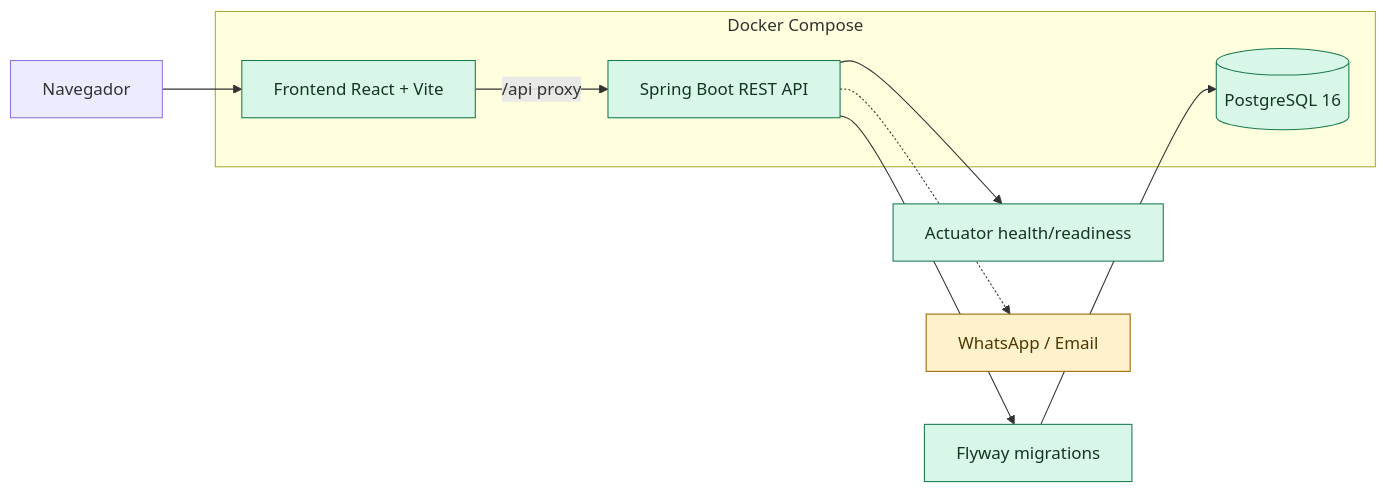
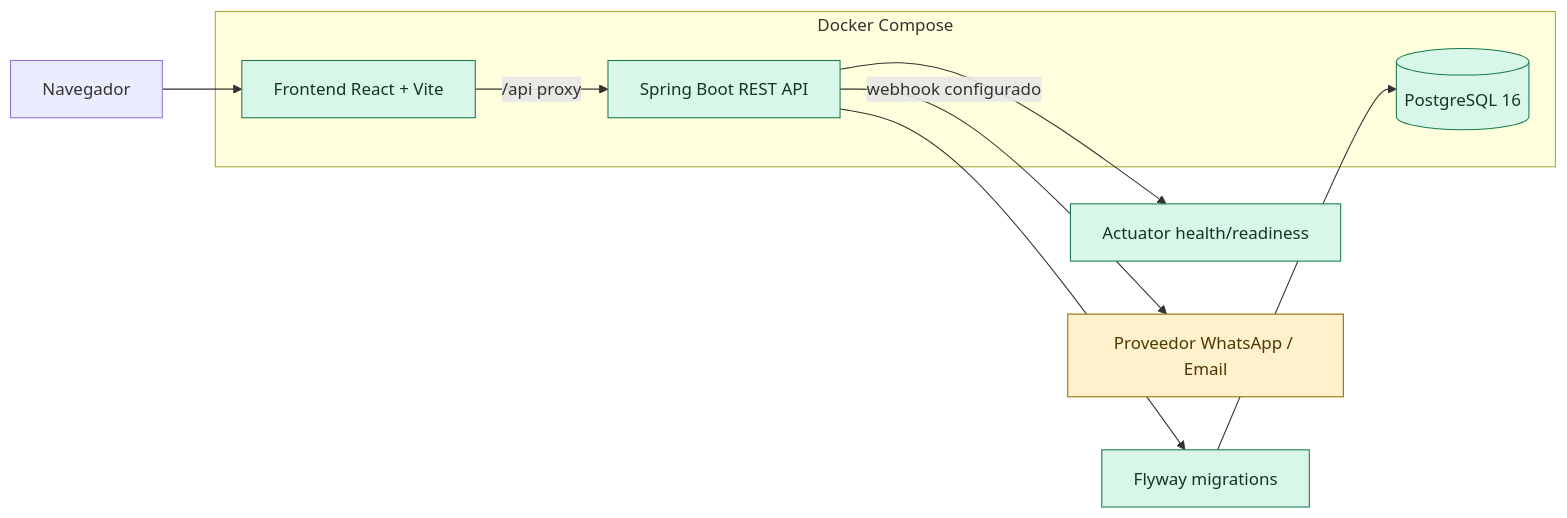
One commit to Martinrc93/distribuidoraCore changed the first of 7 diagrams in docs/architecture/current-state.md. Above: the diagram before and after it, drawn with Mermaid. The commit also changed other lines of this file and 111 other files, not shown here.

````diff
--- a/docs/architecture/current-state.md
+++ b/docs/architecture/current-state.md
@@ -11,20 +11,20 @@
 ```mermaid
 flowchart LR
     Browser[Navegador] --> Frontend[Frontend React + Vite]
     Frontend -->|/api proxy| Backend[Spring Boot REST API]
     Backend --> Flyway[Flyway migrations]
     Flyway --> DB[(PostgreSQL 16)]
     Backend --> Actuator[Actuator health/readiness]
-    Backend -.-> External[WhatsApp / Email]
+    Backend -->|webhook configurado| External[Proveedor WhatsApp / Email]
 
     subgraph Compose[Docker Compose]
         Frontend
         Backend
         DB
     end
 
     classDef done fill:#d9f7e8,stroke:#18794e,color:#123524
     classDef pending fill:#fff1cc,stroke:#9a6700,color:#4d3800
     class Frontend,Backend,Flyway,DB,Actuator done
     class External pending
 ```
````
